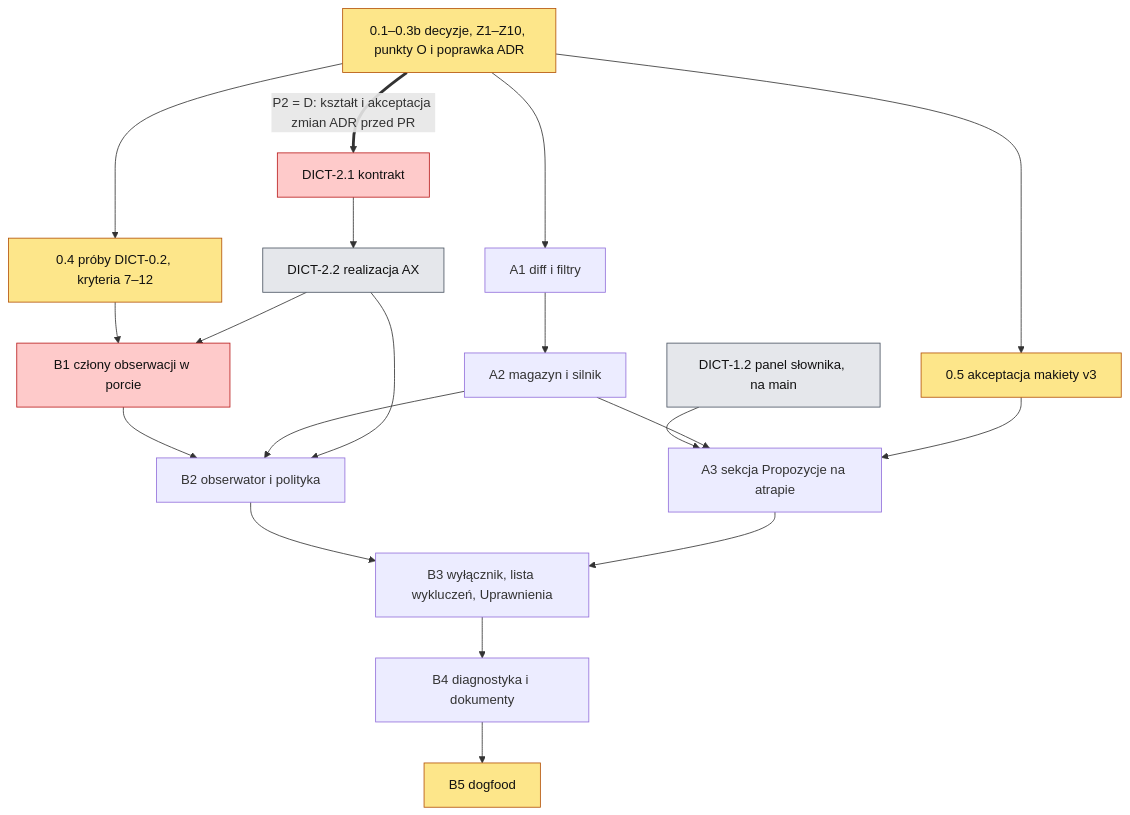
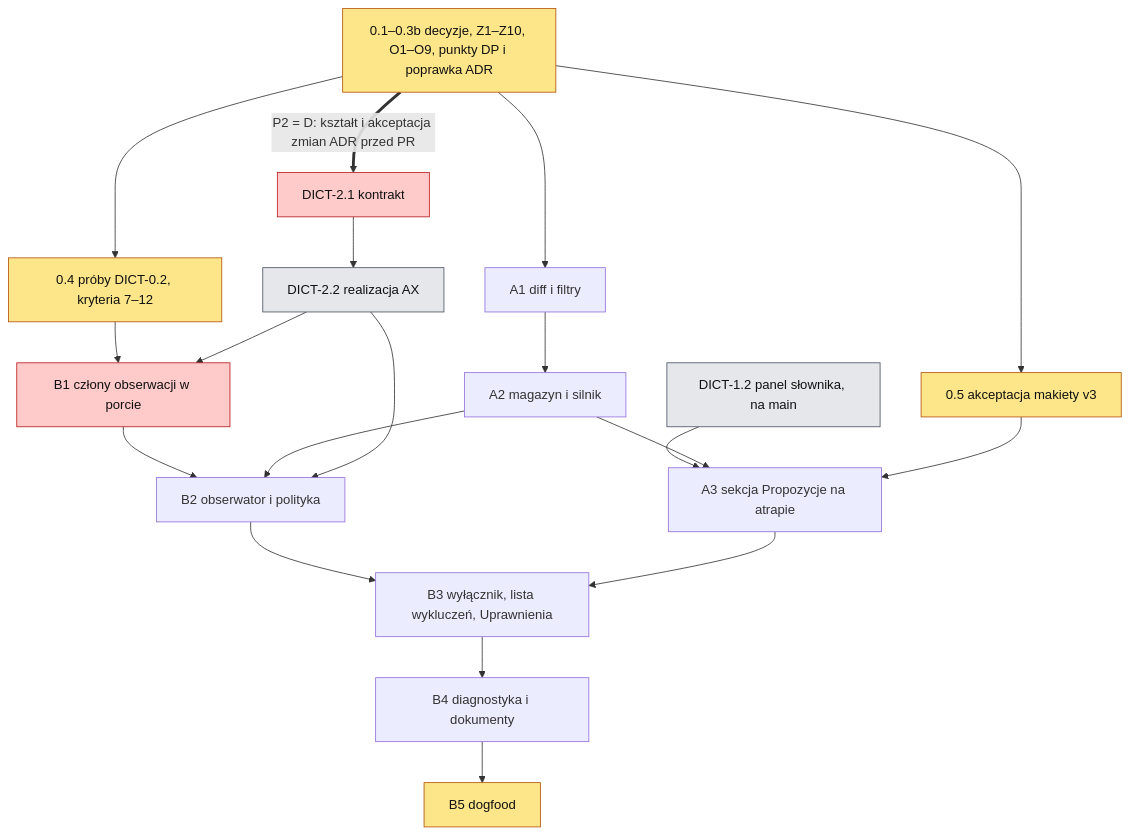
One commit to mjozefiak/Pounce changed the second of 2 diagrams in .ai/specs/2026-11-20-dictation-vocabulary-auto-learn.md. Above: the diagram before and after it, drawn with Mermaid. The commit also changed other lines of this file and 11 other files, not shown here.

````diff
--- a/.ai/specs/2026-11-20-dictation-vocabulary-auto-learn.md
+++ b/.ai/specs/2026-11-20-dictation-vocabulary-auto-learn.md
@@ -807,23 +850,23 @@
 ```mermaid
 flowchart TD
   classDef gate fill:#fde68a,color:#111,stroke:#b45309
   classDef contract fill:#fecaca,color:#111,stroke:#b91c1c
   classDef existing fill:#e5e7eb,color:#111,stroke:#4b5563
-  O[0.1–0.3b decyzje, Z1–Z10, punkty O i poprawka ADR]:::gate --> A1
+  O[0.1–0.3b decyzje, Z1–Z10, O1–O9, punkty DP i poprawka ADR]:::gate --> A1
   O --> P[0.4 próby DICT-0.2, kryteria 7–12]:::gate
   O --> X[0.5 akceptacja makiety v3]:::gate
   D12[DICT-1.2 panel słownika, na main]:::existing --> A3
   A1[A1 diff i filtry] --> A2[A2 magazyn i silnik]
   A2 --> A3[A3 sekcja Propozycje na atrapie]
   X --> A3
   D21[DICT-2.1 kontrakt]:::contract --> D22[DICT-2.2 realizacja AX]:::existing
   O ==>|P2 = D: kształt i akceptacja zmian ADR przed PR| D21
   P --> B1
   D22 --> B1[B1 człony obserwacji w porcie]:::contract
   B1 --> B2[B2 obserwator i polityka]
   A2 --> B2
   D22 --> B2
   B2 --> B3[B3 wyłącznik, lista wykluczeń, Uprawnienia]
   A3 --> B3
   B3 --> B4[B4 diagnostyka i dokumenty] --> B5[B5 dogfood]:::gate
 ```
````
